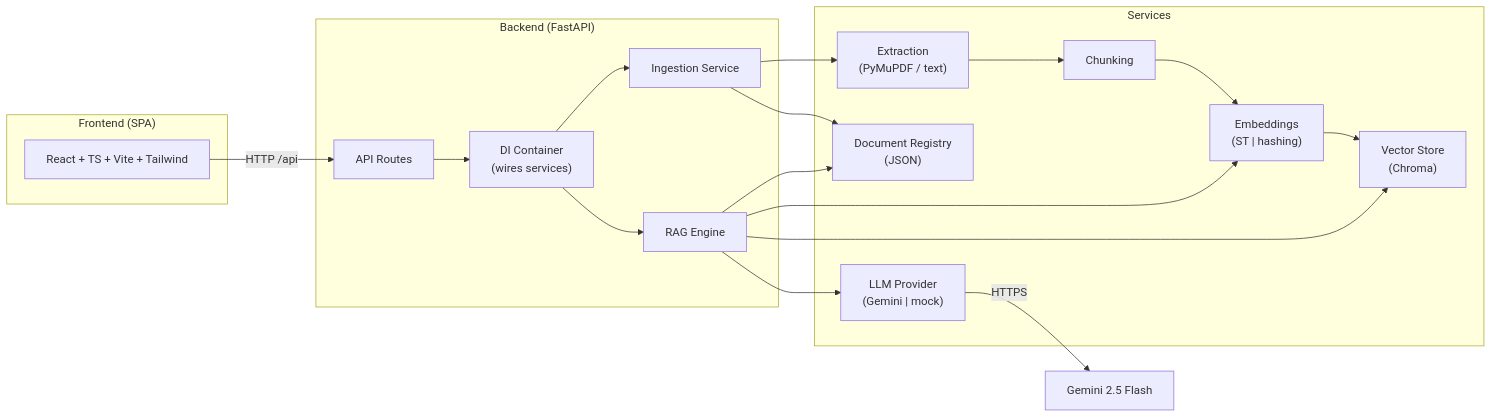
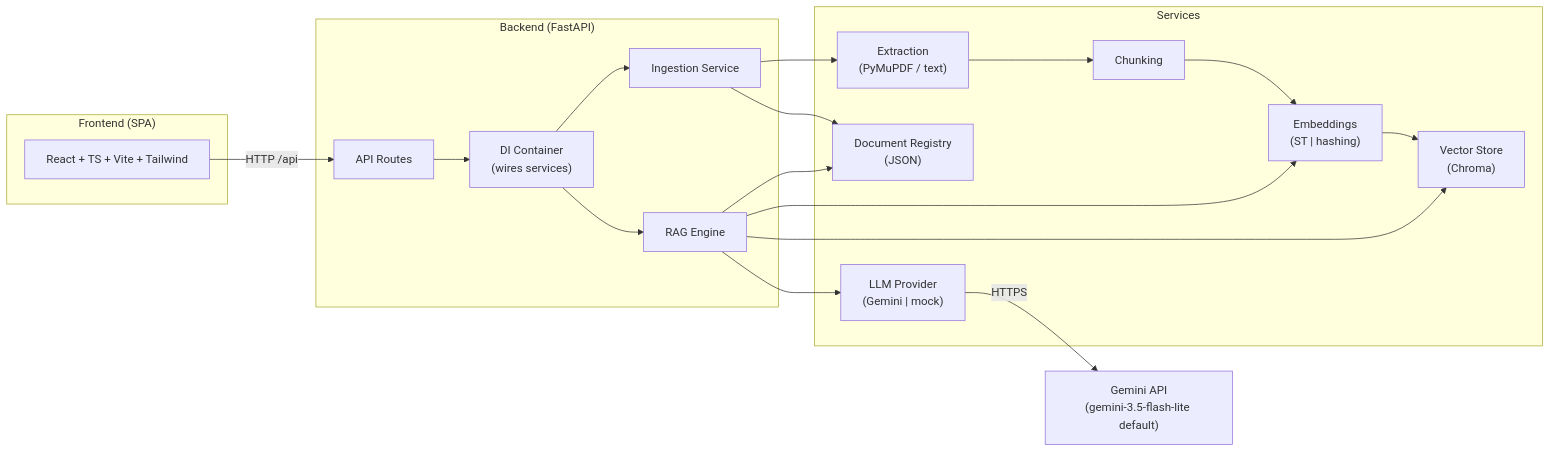
The first of 4 diagrams in docs/ARCHITECTURE.md (annadisandeep/enterprise-ai-knowledge-assistant), drawn with Mermaid before and after one commit. The commit also changed other lines of this file and 7 other files, not shown here.

````diff
--- a/docs/ARCHITECTURE.md
+++ b/docs/ARCHITECTURE.md
@@ -17,34 +17,34 @@
 ```mermaid
 flowchart LR
     subgraph FE["Frontend (SPA)"]
         React["React + TS + Vite + Tailwind"]
     end
 
     subgraph BE["Backend (FastAPI)"]
         Routes["API Routes"]
         Container["DI Container<br/>(wires services)"]
         Ingest["Ingestion Service"]
         Engine["RAG Engine"]
     end
 
     subgraph SVC["Services"]
         Extract["Extraction<br/>(PyMuPDF / text)"]
         Chunk["Chunking"]
         Embed["Embeddings<br/>(ST | hashing)"]
         Store["Vector Store<br/>(Chroma)"]
         Registry["Document Registry<br/>(JSON)"]
         Provider["LLM Provider<br/>(Gemini | mock)"]
     end
 
     React -->|HTTP /api| Routes
     Routes --> Container
     Container --> Ingest
     Container --> Engine
     Ingest --> Extract --> Chunk --> Embed --> Store
     Ingest --> Registry
     Engine --> Embed
     Engine --> Store
     Engine --> Registry
     Engine --> Provider
-    Provider -->|HTTPS| Gemini["Gemini 2.5 Flash"]
+    Provider -->|HTTPS| Gemini["Gemini API<br/>(gemini-3.5-flash-lite default)"]
 ```
````
